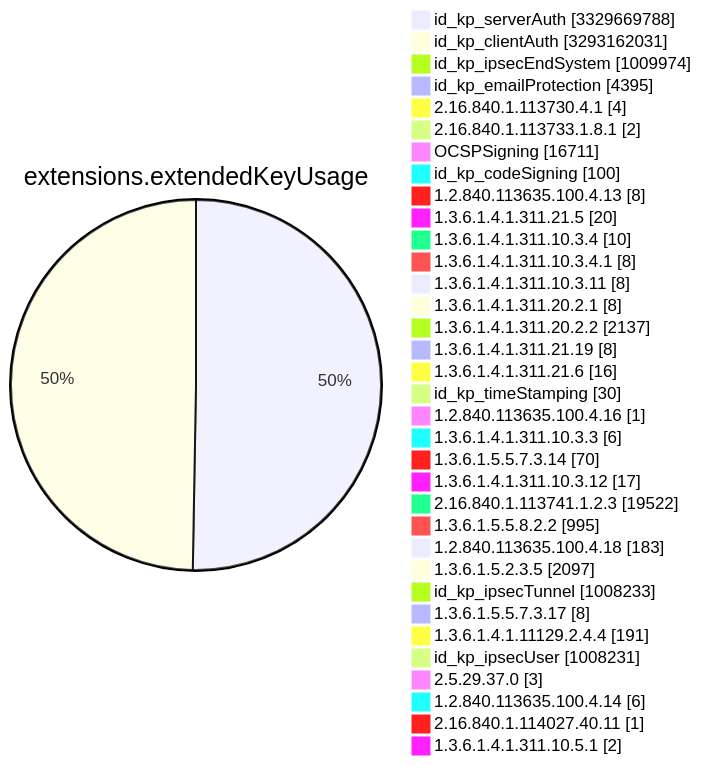
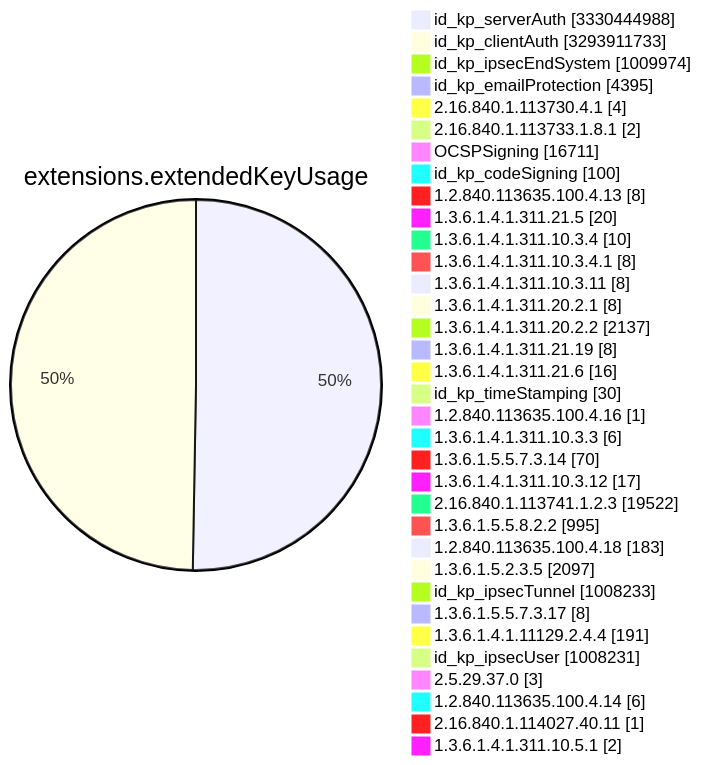
One commit to christiankrug/ctmonitor_visualization changed diagram 11 of 15 in TOTAL/README.md. Above: the diagram before and after it, drawn with Mermaid. The commit also changed other lines of this file, not shown here.

````diff
--- a/TOTAL/README.md
+++ b/TOTAL/README.md
@@ -4120,38 +4120,38 @@
 ```mermaid
 pie showData
 title extensions.extendedKeyUsage
-"id_kp_serverAuth" :3329669788
-"id_kp_clientAuth" :3293162031
+"id_kp_serverAuth" :3330444988
+"id_kp_clientAuth" :3293911733
 "id_kp_ipsecEndSystem" :1009974
 "id_kp_emailProtection" :4395
 "2.16.840.1.113730.4.1" :4
 "2.16.840.1.113733.1.8.1" :2
 "OCSPSigning" :16711
 "id_kp_codeSigning" :100
 "1.2.840.113635.100.4.13" :8
 "1.3.6.1.4.1.311.21.5" :20
 "1.3.6.1.4.1.311.10.3.4" :10
 "1.3.6.1.4.1.311.10.3.4.1" :8
 "1.3.6.1.4.1.311.10.3.11" :8
 "1.3.6.1.4.1.311.20.2.1" :8
 "1.3.6.1.4.1.311.20.2.2" :2137
 "1.3.6.1.4.1.311.21.19" :8
 "1.3.6.1.4.1.311.21.6" :16
 "id_kp_timeStamping" :30
 "1.2.840.113635.100.4.16" :1
 "1.3.6.1.4.1.311.10.3.3" :6
 "1.3.6.1.5.5.7.3.14" :70
 "1.3.6.1.4.1.311.10.3.12" :17
 "2.16.840.1.113741.1.2.3" :19522
 "1.3.6.1.5.5.8.2.2" :995
 "1.2.840.113635.100.4.18" :183
 "1.3.6.1.5.2.3.5" :2097
 "id_kp_ipsecTunnel" :1008233
 "1.3.6.1.5.5.7.3.17" :8
 "1.3.6.1.4.1.11129.2.4.4" :191
 "id_kp_ipsecUser" :1008231
 "2.5.29.37.0" :3
 "1.2.840.113635.100.4.14" :6
 "2.16.840.1.114027.40.11" :1
 "1.3.6.1.4.1.311.10.5.1" :2
 ```
````
